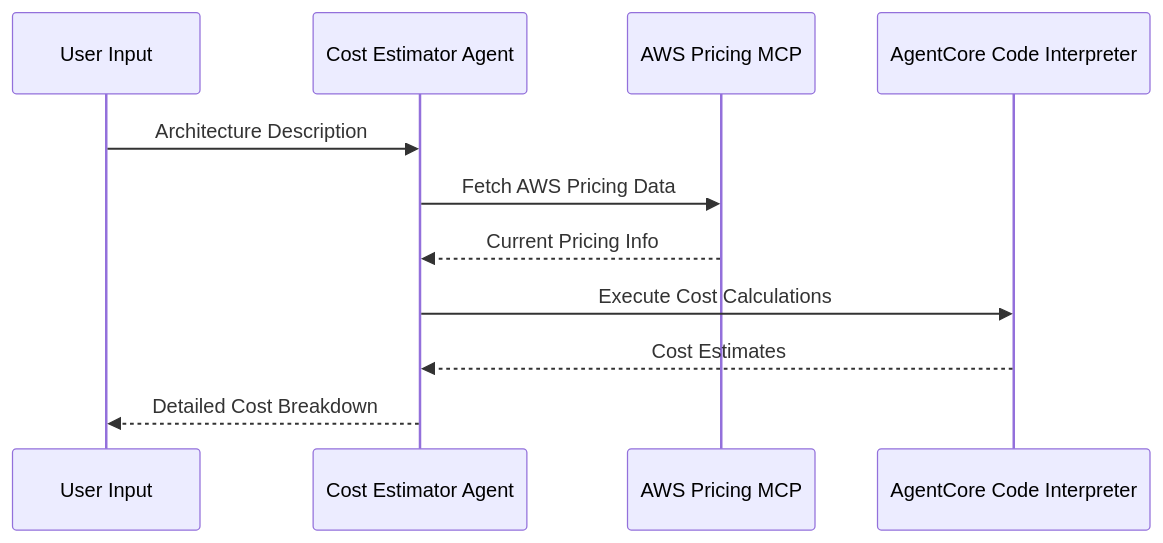
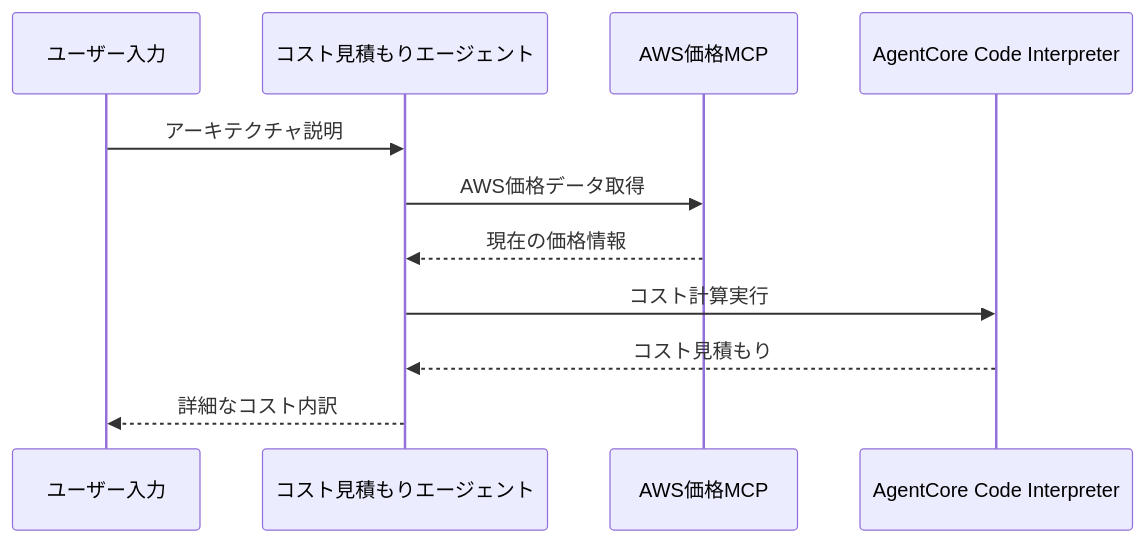
One commit to tetsuo-nobe/sample-amazon-bedrock-agentcore-onboarding-jp changed the diagram in 01_code_interpreter/README.md. Above: the diagram before and after it, drawn with Mermaid. The commit also changed other lines of this file, not shown here.

````diff
--- a/01_code_interpreter/README.md
+++ b/01_code_interpreter/README.md
@@ -9,14 +9,14 @@
 ```mermaid
 sequenceDiagram
-    participant User as User Input
-    participant Agent as Cost Estimator Agent
-    participant MCP as AWS Pricing MCP
+    participant User as ユーザー入力
+    participant Agent as コスト見積もりエージェント
+    participant MCP as AWS価格MCP
     participant CodeInt as AgentCore Code Interpreter
 
-    User->>Agent: Architecture Description
-    Agent->>MCP: Fetch AWS Pricing Data
-    MCP-->>Agent: Current Pricing Info
-    Agent->>CodeInt: Execute Cost Calculations
-    CodeInt-->>Agent: Cost Estimates
-    Agent-->>User: Detailed Cost Breakdown
+    User->>Agent: アーキテクチャ説明
+    Agent->>MCP: AWS価格データ取得
+    MCP-->>Agent: 現在の価格情報
+    Agent->>CodeInt: コスト計算実行
+    CodeInt-->>Agent: コスト見積もり
+    Agent-->>User: 詳細なコスト内訳
 ```
````
